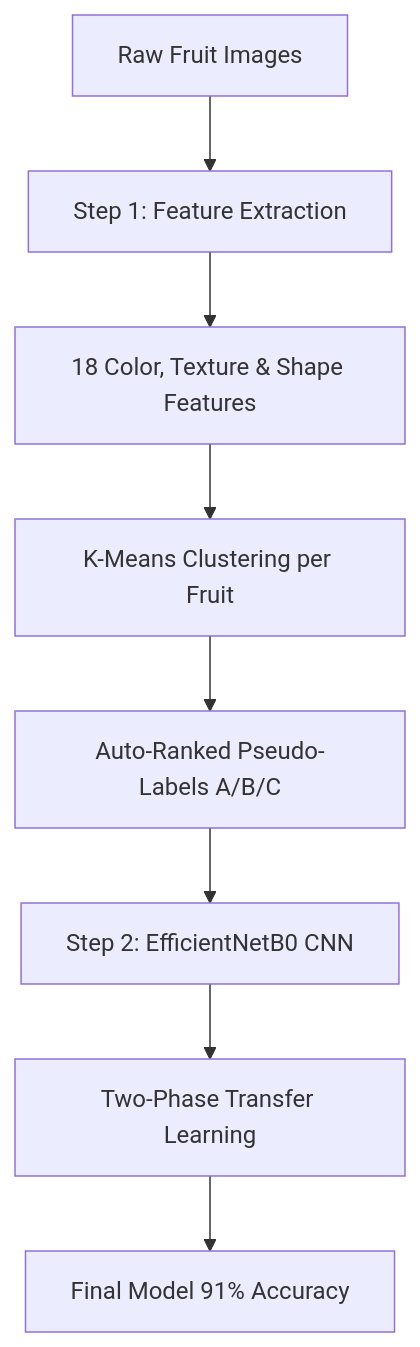
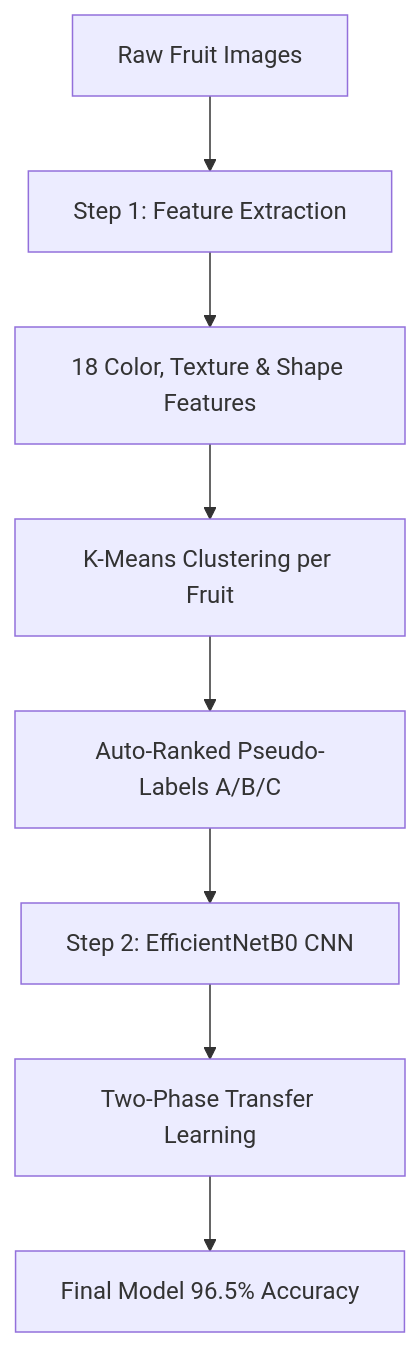
Before and after one commit to theofilius/Fruit-Grading: the diagram in README.md, drawn with Mermaid. The commit also changed other lines of this file and 161 other files, not shown here.

````diff
--- a/README.md
+++ b/README.md
@@ -22,10 +22,10 @@
 ```mermaid
 graph TD
     A[Raw Fruit Images] --> B[Step 1: Feature Extraction]
     B --> C[18 Color, Texture & Shape Features]
     C --> D[K-Means Clustering per Fruit]
     D --> E[Auto-Ranked Pseudo-Labels A/B/C]
     E --> F[Step 2: EfficientNetB0 CNN]
     F --> G[Two-Phase Transfer Learning]
-    G --> H[Final Model 91% Accuracy]
+    G --> H[Final Model 96.5% Accuracy]
 ```
````
